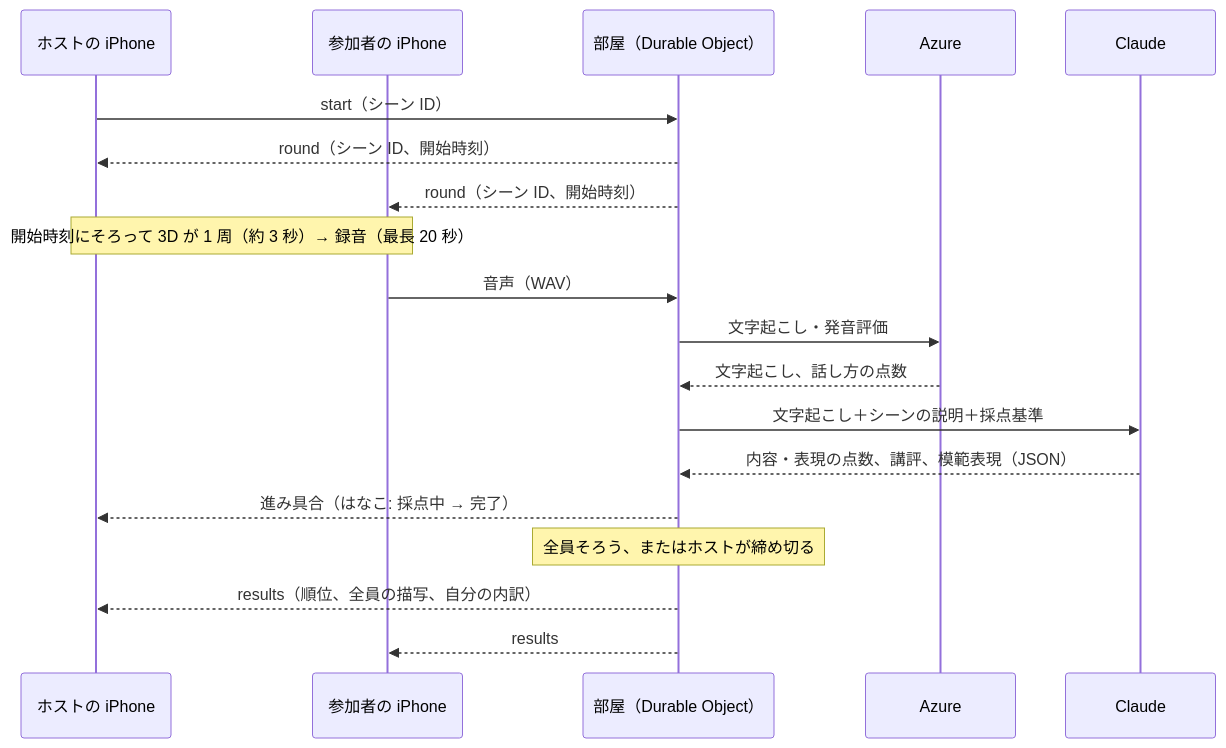
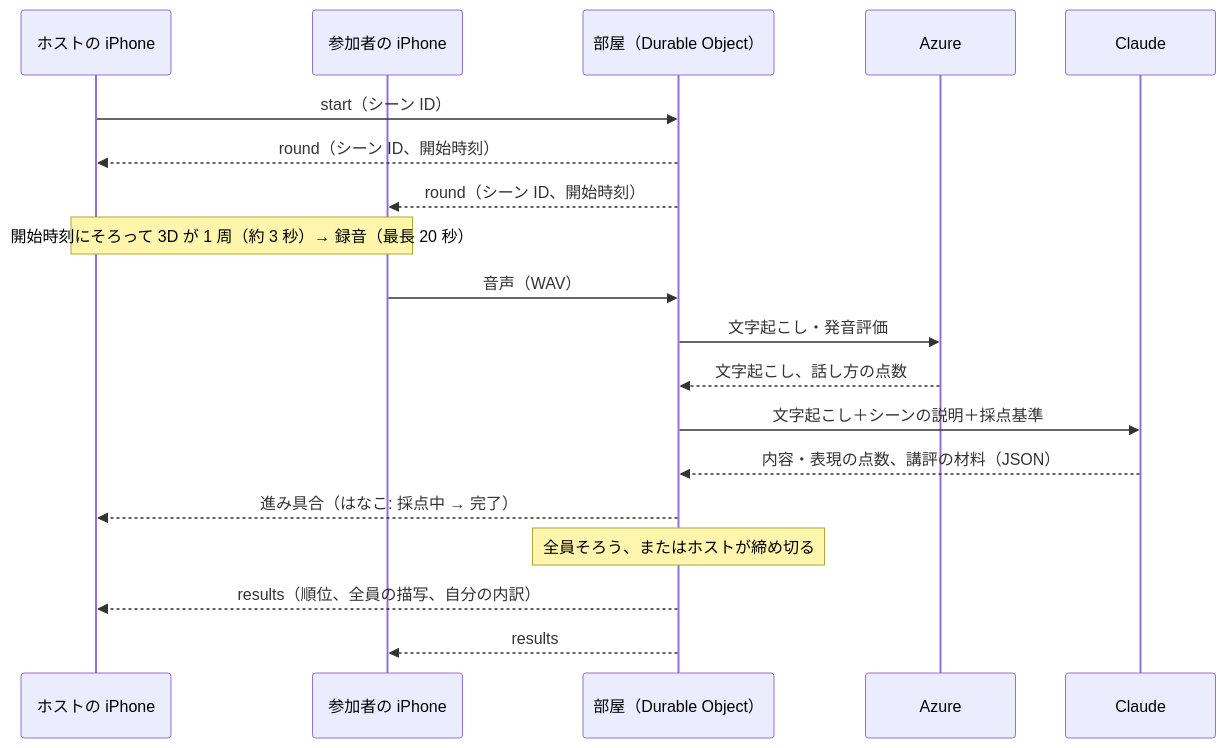
One commit to jphacks/ng_2622 changed the second of 2 diagrams in docs/design/architecture.md. Above: the diagram before and after it, drawn with Mermaid. The commit also changed 15 other files, not shown here.

````diff
--- a/docs/design/architecture.md
+++ b/docs/design/architecture.md
@@ -34,21 +34,21 @@
 ```mermaid
 sequenceDiagram
   participant H as ホストの iPhone
   participant P as 参加者の iPhone
   participant R as 部屋（Durable Object）
   participant Az as Azure
   participant Cl as Claude
   H->>R: start（シーン ID）
   R-->>H: round（シーン ID、開始時刻）
   R-->>P: round（シーン ID、開始時刻）
   Note over H,P: 開始時刻にそろって 3D が 1 周（約 3 秒）→ 録音（最長 20 秒）
   P->>R: 音声（WAV）
   R->>Az: 文字起こし・発音評価
   Az-->>R: 文字起こし、話し方の点数
   R->>Cl: 文字起こし＋シーンの説明＋採点基準
-  Cl-->>R: 内容・表現の点数、講評、模範表現（JSON）
+  Cl-->>R: 内容・表現の点数、講評の材料（JSON）
   R-->>H: 進み具合（はなこ: 採点中 → 完了）
   Note over R: 全員そろう、またはホストが締め切る
   R-->>H: results（順位、全員の描写、自分の内訳）
   R-->>P: results
 ```
````
